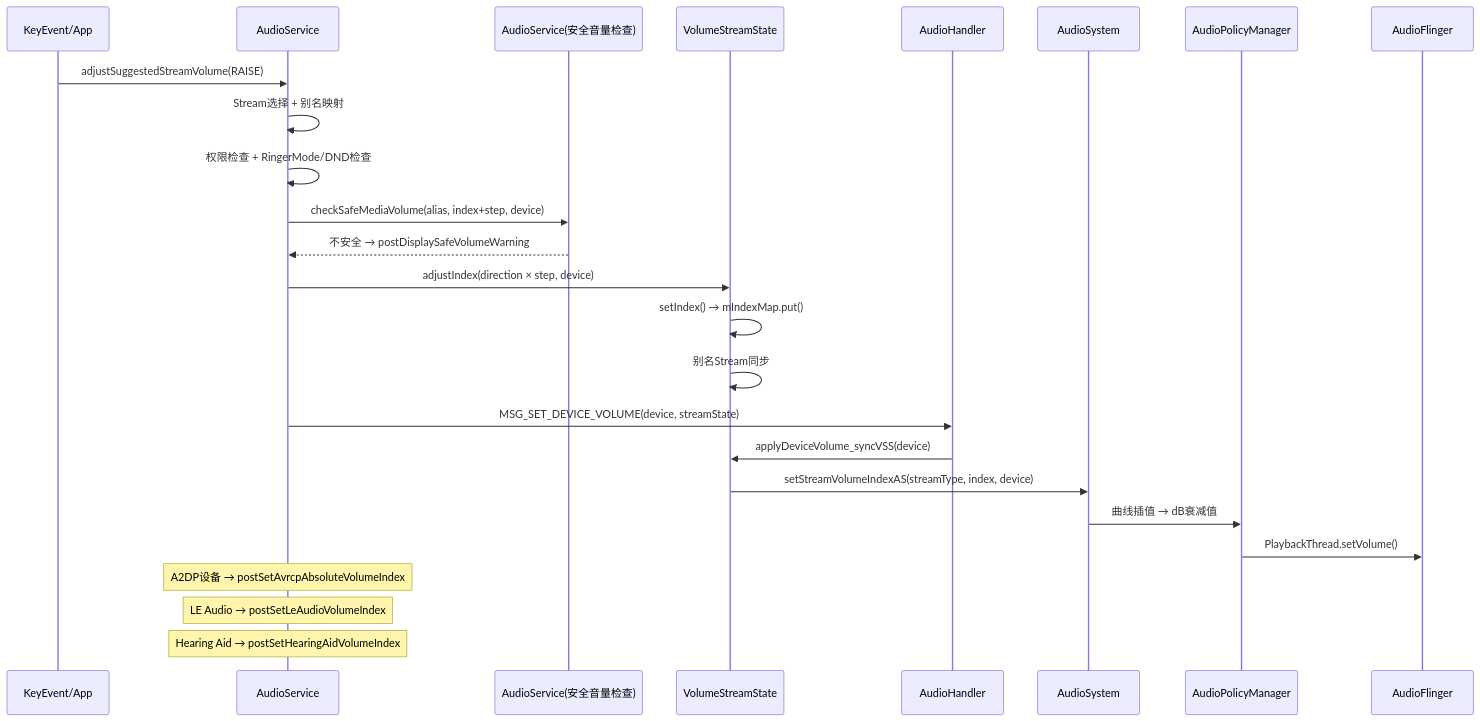
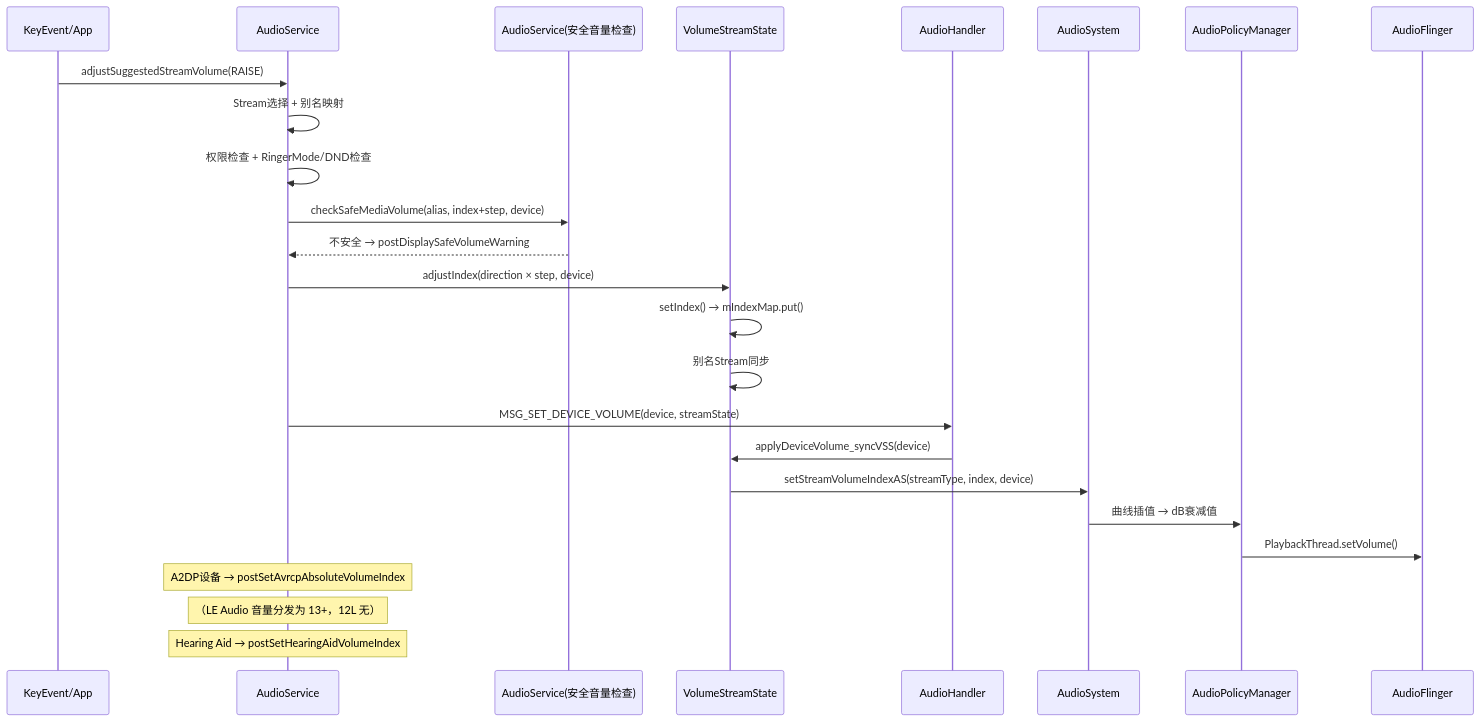
Before and after one commit to yanglinzhen1022/SA8295_AAOS_QNX_Audio_KnowledgeBase: the third of 6 diagrams in 13_Volume_Device_Deep_Dive/13_13.1_Volume状态机.md, drawn with Mermaid. The commit also changed other lines of this file and 58 other files, not shown here.

````diff
--- a/13_Volume_Device_Deep_Dive/13_13.1_Volume状态机.md
+++ b/13_Volume_Device_Deep_Dive/13_13.1_Volume状态机.md
@@ -279,29 +279,29 @@
 ```mermaid
 sequenceDiagram
     participant KE as KeyEvent/App
     participant AS as AudioService
     participant SDH as AudioService(安全音量检查)
     participant VSS as VolumeStreamState
     participant AH as AudioHandler
     participant ASYS as AudioSystem
     participant APM as AudioPolicyManager
     participant AF as AudioFlinger
     
     KE->>AS: adjustSuggestedStreamVolume(RAISE)
     AS->>AS: Stream选择 + 别名映射
     AS->>AS: 权限检查 + RingerMode/DND检查
     AS->>SDH: checkSafeMediaVolume(alias, index+step, device)
     SDH-->>AS: 不安全 → postDisplaySafeVolumeWarning
     AS->>VSS: adjustIndex(direction × step, device)
     VSS->>VSS: setIndex() → mIndexMap.put()
     VSS->>VSS: 别名Stream同步
     AS->>AH: MSG_SET_DEVICE_VOLUME(device, streamState)
     AH->>VSS: applyDeviceVolume_syncVSS(device)
     VSS->>ASYS: setStreamVolumeIndexAS(streamType, index, device)
     ASYS->>APM: 曲线插值 → dB衰减值
     APM->>AF: PlaybackThread.setVolume()
     
     Note over AS: A2DP设备 → postSetAvrcpAbsoluteVolumeIndex
-    Note over AS: LE Audio → postSetLeAudioVolumeIndex
+    Note over AS: （LE Audio 音量分发为 13+，12L 无）
     Note over AS: Hearing Aid → postSetHearingAidVolumeIndex
 ```
````
